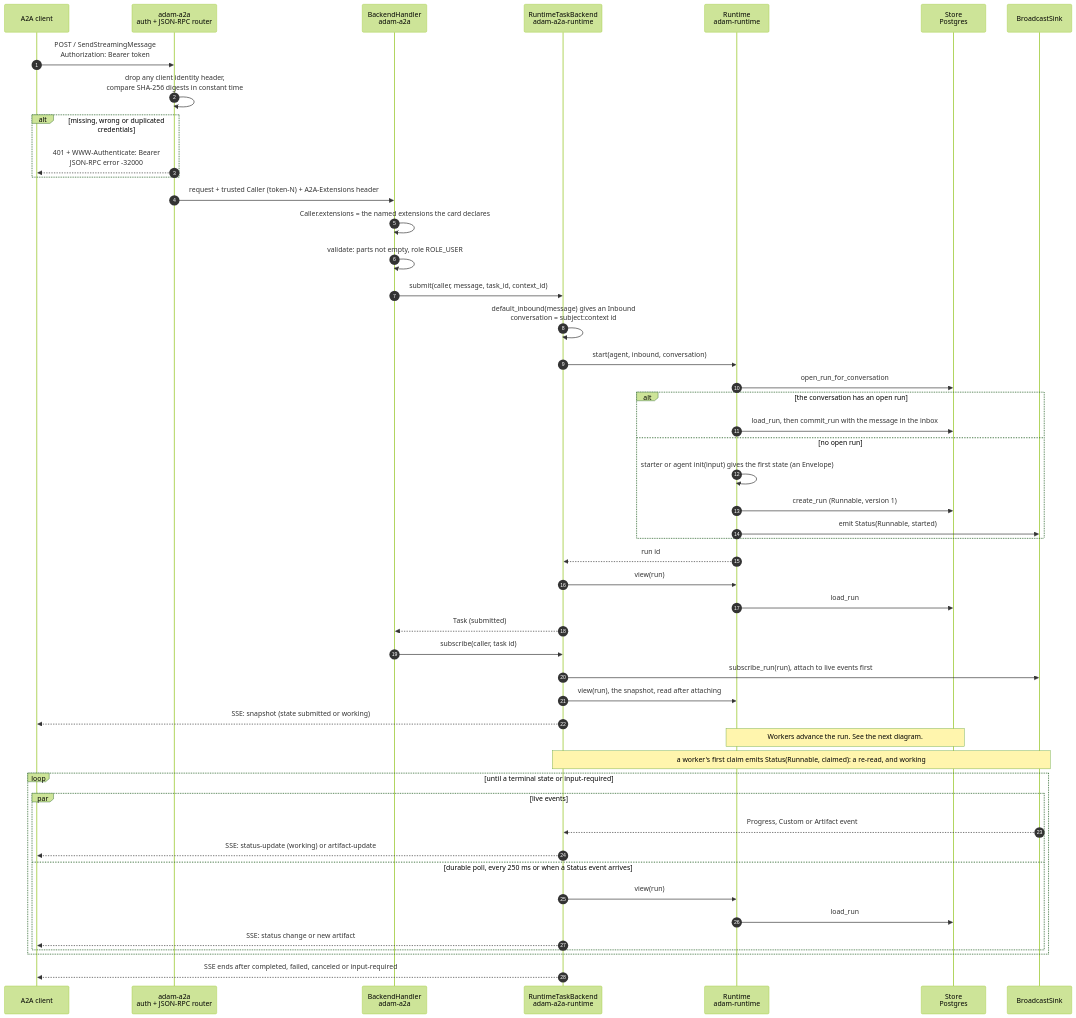
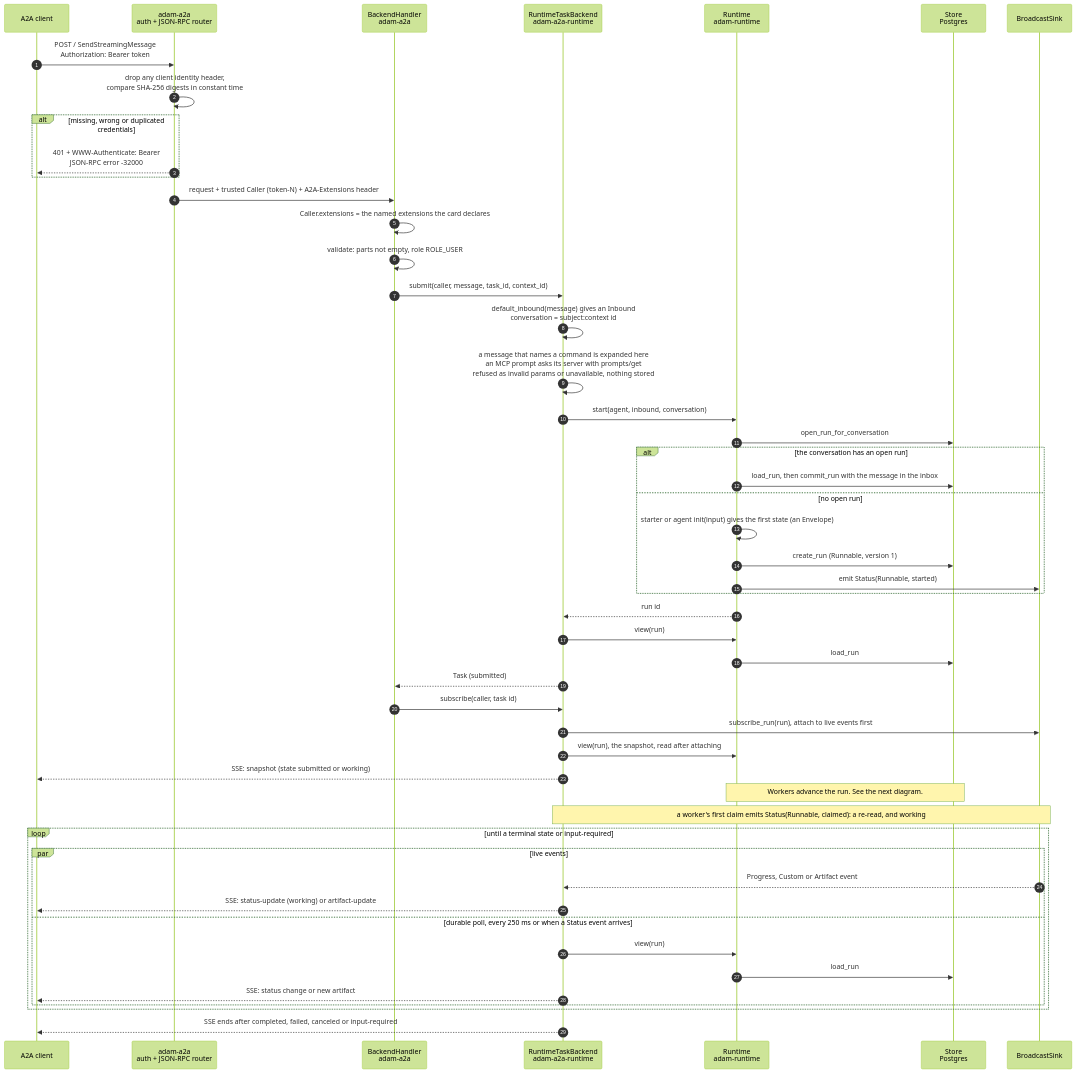
The fourth of 23 diagrams in docs/architecture.md (vymalo/another-adam-rs), drawn with Mermaid (forest theme) before and after one commit. The commit also changed other lines of this file and 8 other files, not shown here.

````diff
--- a/docs/architecture.md
+++ b/docs/architecture.md
@@ -308,52 +309,53 @@
 ```mermaid
 sequenceDiagram
     autonumber
     participant C as A2A client
     participant S as adam-a2a<br/>auth + JSON-RPC router
     participant H as BackendHandler<br/>adam-a2a
     participant B as RuntimeTaskBackend<br/>adam-a2a-runtime
     participant R as Runtime<br/>adam-runtime
     participant DB as Store<br/>Postgres
     participant K as BroadcastSink
 
     C->>S: POST / SendStreamingMessage<br/>Authorization: Bearer token
     S->>S: drop any client identity header,<br/>compare SHA-256 digests in constant time
     alt missing, wrong or duplicated credentials
         S-->>C: 401 + WWW-Authenticate: Bearer<br/>JSON-RPC error -32000
     end
     S->>H: request + trusted Caller (token-N) + A2A-Extensions header
     H->>H: Caller.extensions = the named extensions the card declares
     H->>H: validate: parts not empty, role ROLE_USER
     H->>B: submit(caller, message, task_id, context_id)
     B->>B: default_inbound(message) gives an Inbound<br/>conversation = subject:context id
+    B->>B: a message that names a command is expanded here<br/>an MCP prompt asks its server with prompts/get<br/>refused as invalid params or unavailable, nothing stored
     B->>R: start(agent, inbound, conversation)
     R->>DB: open_run_for_conversation
     alt the conversation has an open run
         R->>DB: load_run, then commit_run with the message in the inbox
     else no open run
         R->>R: starter or agent init(input) gives the first state (an Envelope)
         R->>DB: create_run (Runnable, version 1)
         R->>K: emit Status(Runnable, started)
     end
     R-->>B: run id
     B->>R: view(run)
     R->>DB: load_run
     B-->>H: Task (submitted)
     H->>B: subscribe(caller, task id)
     B->>K: subscribe_run(run), attach to live events first
     B->>R: view(run), the snapshot, read after attaching
     B-->>C: SSE: snapshot (state submitted or working)
     Note over R,DB: Workers advance the run. See the next diagram.
     Note over K,B: a worker's first claim emits Status(Runnable, claimed): a re-read, and working
     loop until a terminal state or input-required
         par live events
             K-->>B: Progress, Custom or Artifact event
             B-->>C: SSE: status-update (working) or artifact-update
         and durable poll, every 250 ms or when a Status event arrives
             B->>R: view(run)
             R->>DB: load_run
             B-->>C: SSE: status change or new artifact
         end
     end
     B-->>C: SSE ends after completed, failed, canceled or input-required
 ```
````
